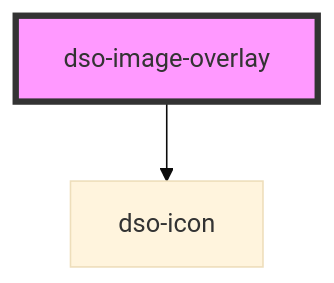
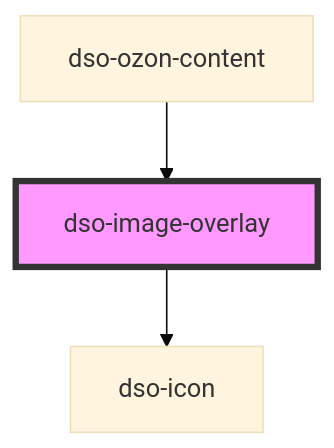
The diagram in packages/core/src/components/image-overlay/readme.md (dso-toolkit/dso-toolkit), drawn with Mermaid (base theme) before and after one commit. The commit also changed other lines of this file and 8 other files, not shown here.

Commit message:
#2419 [Change] Ozon Content: Expliciete dependencies voor Web Componenten

````diff
--- a/packages/core/src/components/image-overlay/readme.md
+++ b/packages/core/src/components/image-overlay/readme.md
@@ -15,5 +19,6 @@
 ```mermaid
 graph TD;
   dso-image-overlay --> dso-icon
+  dso-ozon-content --> dso-image-overlay
   style dso-image-overlay fill:#f9f,stroke:#333,stroke-width:4px
 ```
````
